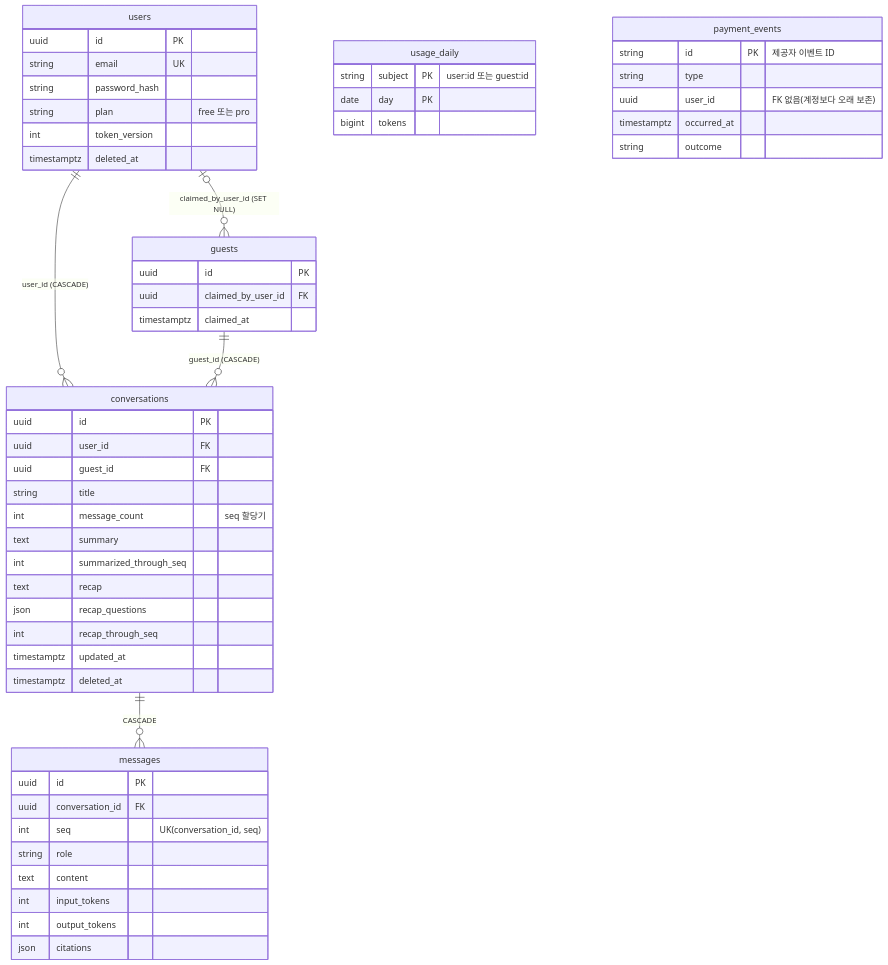
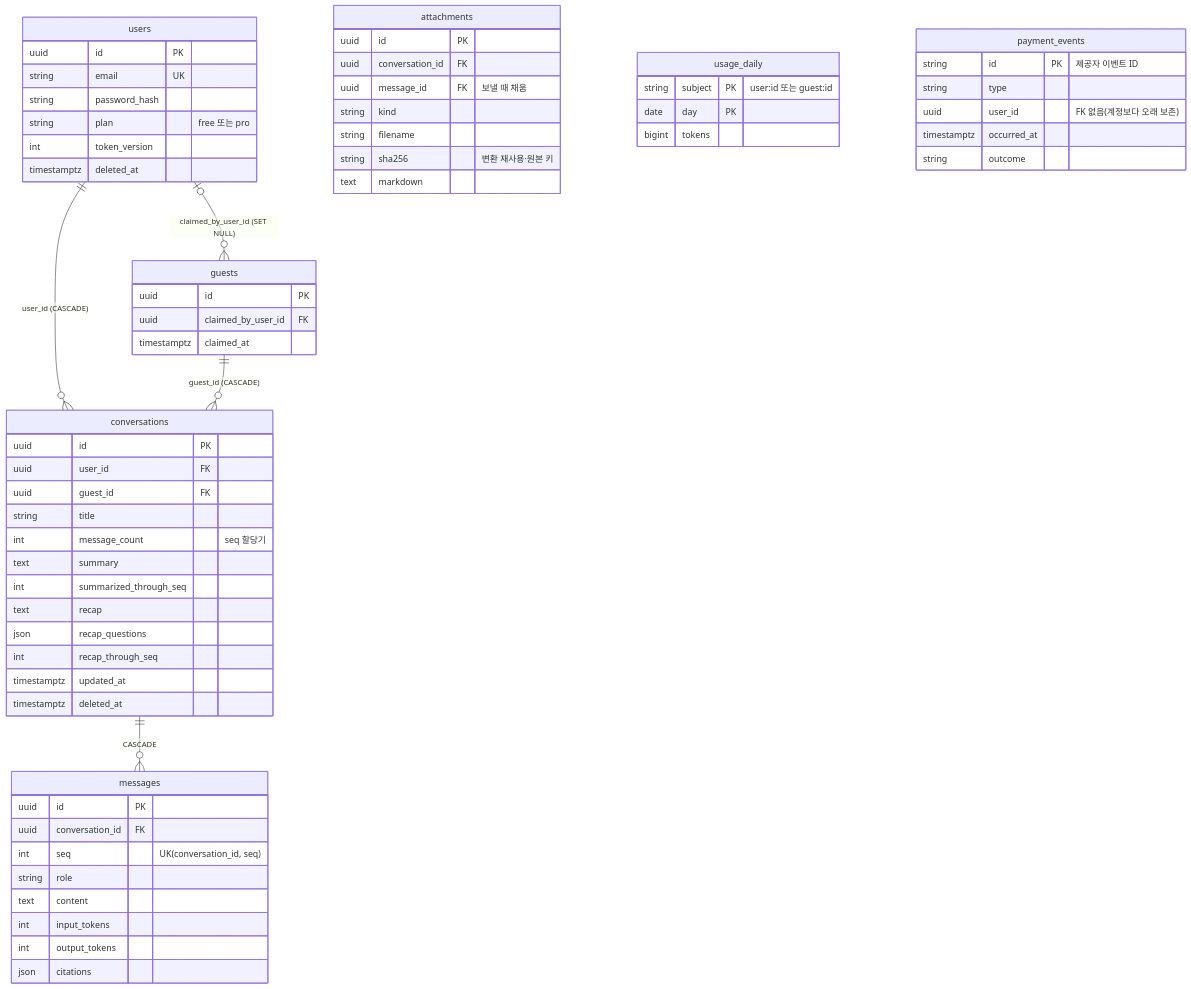
The sixth of 8 diagrams in ARCHITECTURE.md (Jake-tt/chatforge), drawn with Mermaid before and after one commit. The commit also changed other lines of this file and 17 other files, not shown here.

````diff
--- a/ARCHITECTURE.md
+++ b/ARCHITECTURE.md
@@ -305,57 +306,66 @@
 ```mermaid
 erDiagram
   users ||--o{ conversations : "user_id (CASCADE)"
   guests ||--o{ conversations : "guest_id (CASCADE)"
   users |o--o{ guests : "claimed_by_user_id (SET NULL)"
   conversations ||--o{ messages : "CASCADE"
 
   users {
     uuid id PK
     string email UK
     string password_hash
     string plan "free 또는 pro"
     int token_version
     timestamptz deleted_at
   }
   guests {
     uuid id PK
     uuid claimed_by_user_id FK
     timestamptz claimed_at
   }
   conversations {
     uuid id PK
     uuid user_id FK
     uuid guest_id FK
     string title
     int message_count "seq 할당기"
     text summary
     int summarized_through_seq
     text recap
     json recap_questions
     int recap_through_seq
     timestamptz updated_at
     timestamptz deleted_at
   }
   messages {
     uuid id PK
     uuid conversation_id FK
     int seq "UK(conversation_id, seq)"
     string role
     text content
     int input_tokens
     int output_tokens
     json citations
   }
+  attachments {
+    uuid id PK
+    uuid conversation_id FK
+    uuid message_id FK "보낼 때 채움"
+    string kind
+    string filename
+    string sha256 "변환 재사용·원본 키"
+    text markdown
+  }
   usage_daily {
     string subject PK "user:id 또는 guest:id"
     date day PK
     bigint tokens
   }
   payment_events {
     string id PK "제공자 이벤트 ID"
     string type
     uuid user_id "FK 없음(계정보다 오래 보존)"
     timestamptz occurred_at
     string outcome
   }
 ```
````
